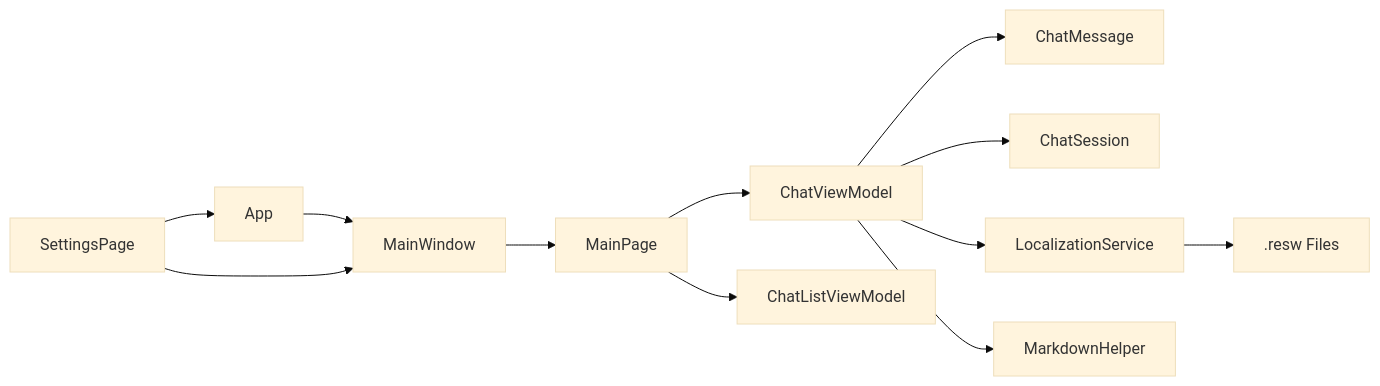
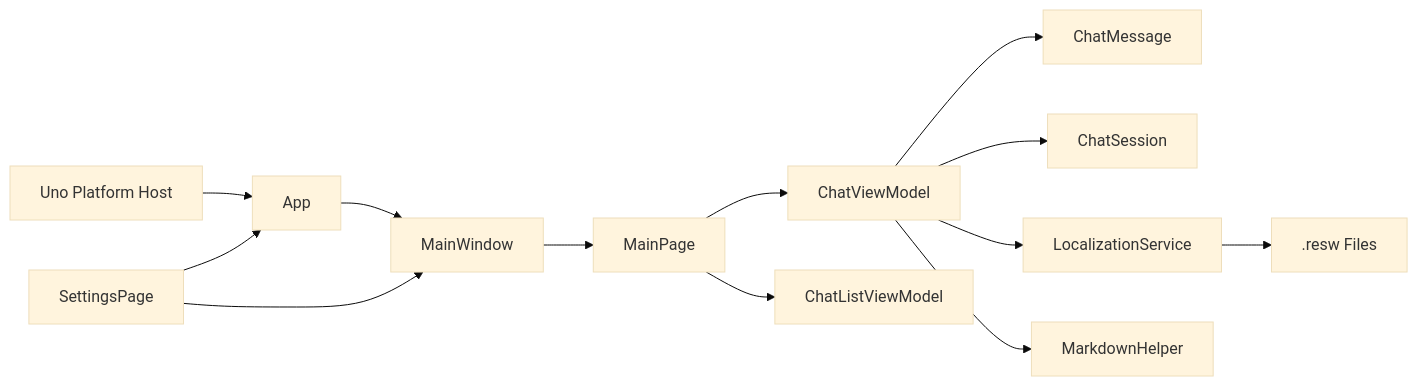
Before and after one commit to AgenticDesktop/App: diagram 11 of 11 in .qoder/repowiki/en/content/Architecture Overview/UI Framework and Navigation.md, drawn with Mermaid (base theme). The commit also changed other lines of this file and 19 other files, not shown here.

````diff
--- a/.qoder/repowiki/en/content/Architecture Overview/UI Framework and Navigation.md
+++ b/.qoder/repowiki/en/content/Architecture Overview/UI Framework and Navigation.md
@@ -360,14 +437,15 @@
 ```mermaid
 graph LR
 App["App"] --> MainWindow["MainWindow"]
+UnoHost["Uno Platform Host"] --> App
 MainWindow --> MainPage["MainPage"]
 MainPage --> ChatViewModel["ChatViewModel"]
 MainPage --> ChatListViewModel["ChatListViewModel"]
 ChatViewModel --> ChatMessage["ChatMessage"]
 ChatViewModel --> ChatSession["ChatSession"]
 ChatViewModel --> LocalizationService["LocalizationService"]
 ChatViewModel --> MarkdownHelper["MarkdownHelper"]
 SettingsPage["SettingsPage"] --> App
 SettingsPage --> MainWindow
 LocalizationService --> Resources[".resw Files"]
 ```
````
